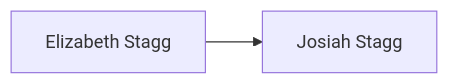
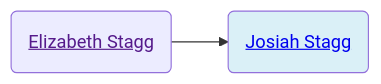
One commit to neelsmith/avocational changed the first of 2 diagrams in familyhistory/sources/people/Merrill-line/White-line/Elizabeth_Stagg.qmd. Above: the diagram before and after it, drawn with Mermaid. The commit also changed other lines of this file and 71 other files, not shown here.

````diff
--- a/familyhistory/sources/people/Merrill-line/White-line/Elizabeth_Stagg.qmd
+++ b/familyhistory/sources/people/Merrill-line/White-line/Elizabeth_Stagg.qmd
@@ -26,4 +26,9 @@
 ```{mermaid}
 graph LR
-Elizabeth_Stagg[Elizabeth Stagg] -->  Josiah_Stagg[Josiah Stagg]
+Elizabeth_Stagg(<a href=''>Elizabeth Stagg</>) -->  Josiah_Stagg(<a href='./Josiah_Stagg.html'>Josiah Stagg</>)
+class Josiah_Stagg father
+classDef mother fill:#ffd1dc
+classDef father fill:#daf0f7  
+classDef marriage fill:#ffffff
+
 ```
````
